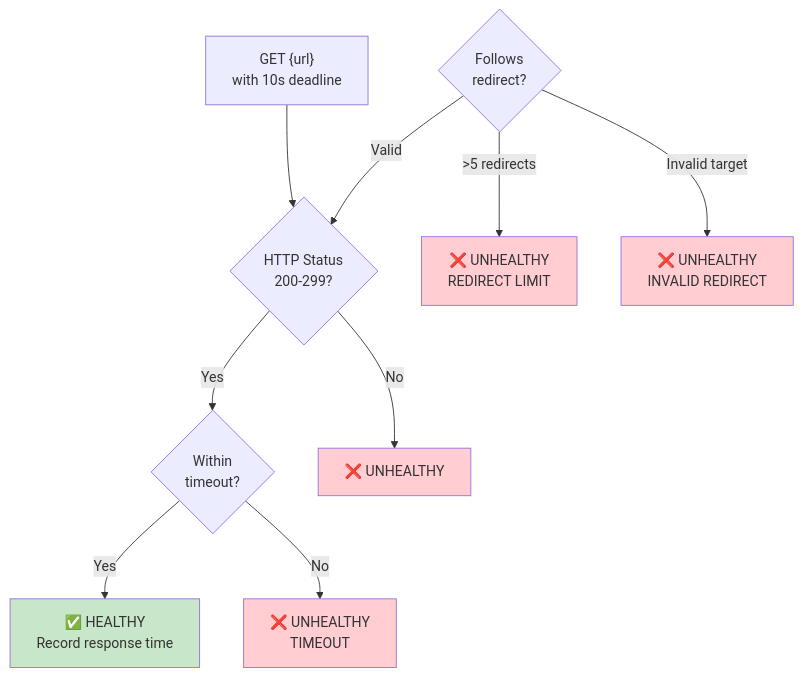
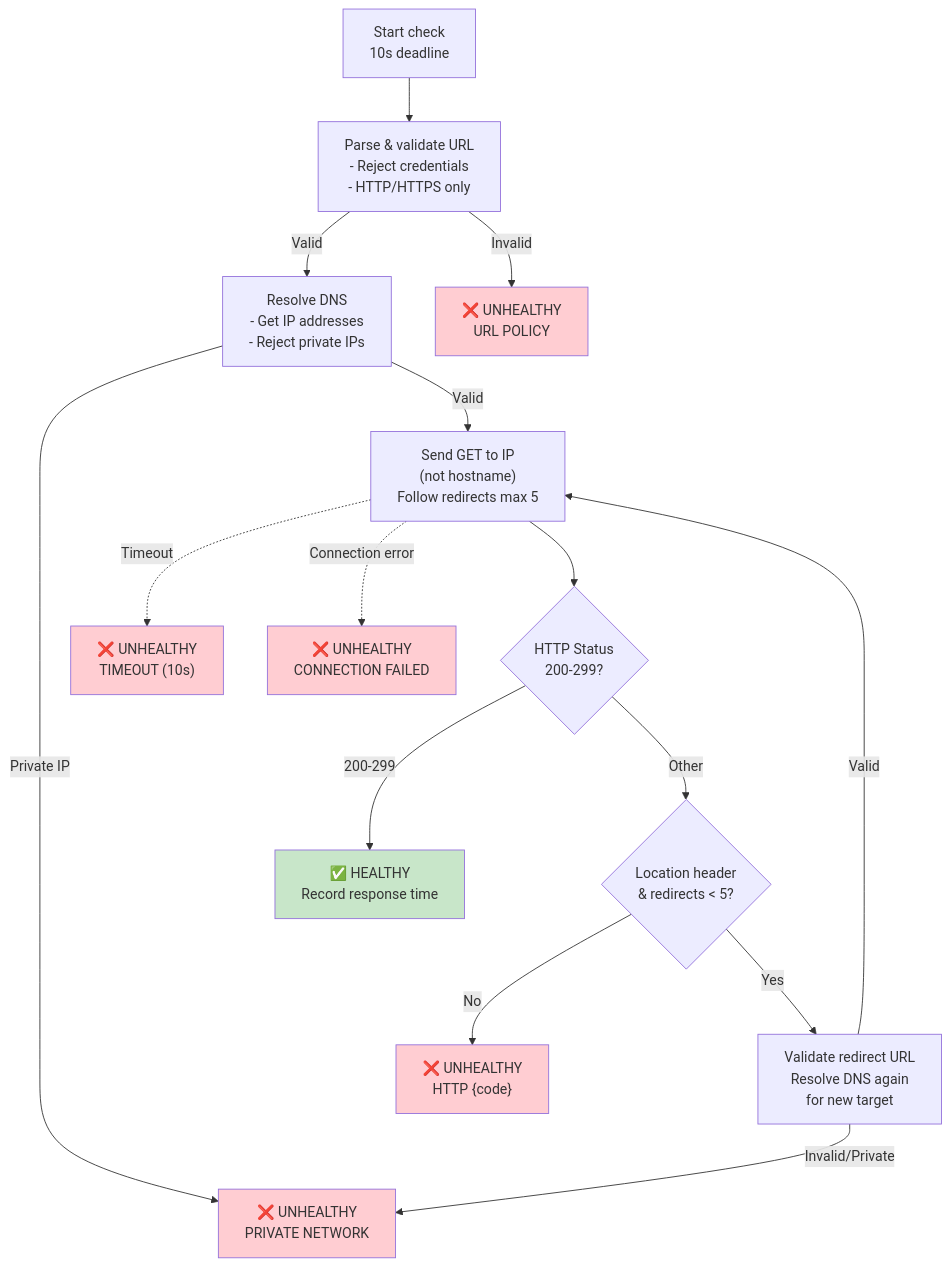
Before and after one commit to pedroaz/website-health-checker-backend: the sixth of 8 diagrams in SUMMARY.md, drawn with Mermaid. The commit also changed other lines of this file, not shown here.

First line of the commit message:
fix: correct database schema, data flow, and component responsibilities

````diff
--- a/SUMMARY.md
+++ b/SUMMARY.md
@@ -177,24 +183,34 @@
 ```mermaid
 graph TD
-    Start["GET {url}<br/>with 10s deadline"]
+    Start["Start check<br/>10s deadline"]
+    ParseURL["Parse & validate URL<br/>- Reject credentials<br/>- HTTP/HTTPS only"]
+    ResolveDNS["Resolve DNS<br/>- Get IP addresses<br/>- Reject private IPs"]
+    SendRequest["Send GET to IP<br/>(not hostname)<br/>Follow redirects max 5"]
     Status{HTTP Status<br/>200-299?}
-    Redirect{Follows<br/>redirect?}
-    Timeout{Within<br/>timeout?}
+    Redirect{Location header<br/>& redirects < 5?}
     
-    Start --> Status
-    Status -->|Yes| Timeout
-    Status -->|No| Unhealthy["❌ UNHEALTHY"]
+    Start --> ParseURL
+    ParseURL -->|Invalid| ParseError["❌ UNHEALTHY<br/>URL POLICY"]
+    ParseURL -->|Valid| ResolveDNS
+    ResolveDNS -->|Private IP| PrivateError["❌ UNHEALTHY<br/>PRIVATE NETWORK"]
+    ResolveDNS -->|Valid| SendRequest
     
-    Timeout -->|Yes| Success["✅ HEALTHY<br/>Record response time"]
-    Timeout -->|No| TimedOut["❌ UNHEALTHY<br/>TIMEOUT"]
+    SendRequest --> Status
+    Status -->|200-299| Success["✅ HEALTHY<br/>Record response time"]
+    Status -->|Other| Redirect
     
-    Redirect -->|>5 redirects| TooMany["❌ UNHEALTHY<br/>REDIRECT LIMIT"]
-    Redirect -->|Valid| Status
-    Redirect -->|Invalid target| InvalidTarget["❌ UNHEALTHY<br/>INVALID REDIRECT"]
+    Redirect -->|Yes| ValidateNext["Validate redirect URL<br/>Resolve DNS again<br/>for new target"]
+    Redirect -->|No| NotFound["❌ UNHEALTHY<br/>HTTP {code}"]
+    ValidateNext -->|Valid| SendRequest
+    ValidateNext -->|Invalid/Private| PrivateError
+    
+    SendRequest -.->|Timeout| TimedOut["❌ UNHEALTHY<br/>TIMEOUT (10s)"]
+    SendRequest -.->|Connection error| ConnError["❌ UNHEALTHY<br/>CONNECTION FAILED"]
     
     style Success fill:#c8e6c9
-    style Unhealthy fill:#ffcdd2
+    style ParseError fill:#ffcdd2
+    style PrivateError fill:#ffcdd2
+    style NotFound fill:#ffcdd2
     style TimedOut fill:#ffcdd2
-    style TooMany fill:#ffcdd2
-    style InvalidTarget fill:#ffcdd2
+    style ConnError fill:#ffcdd2
 ```
````
